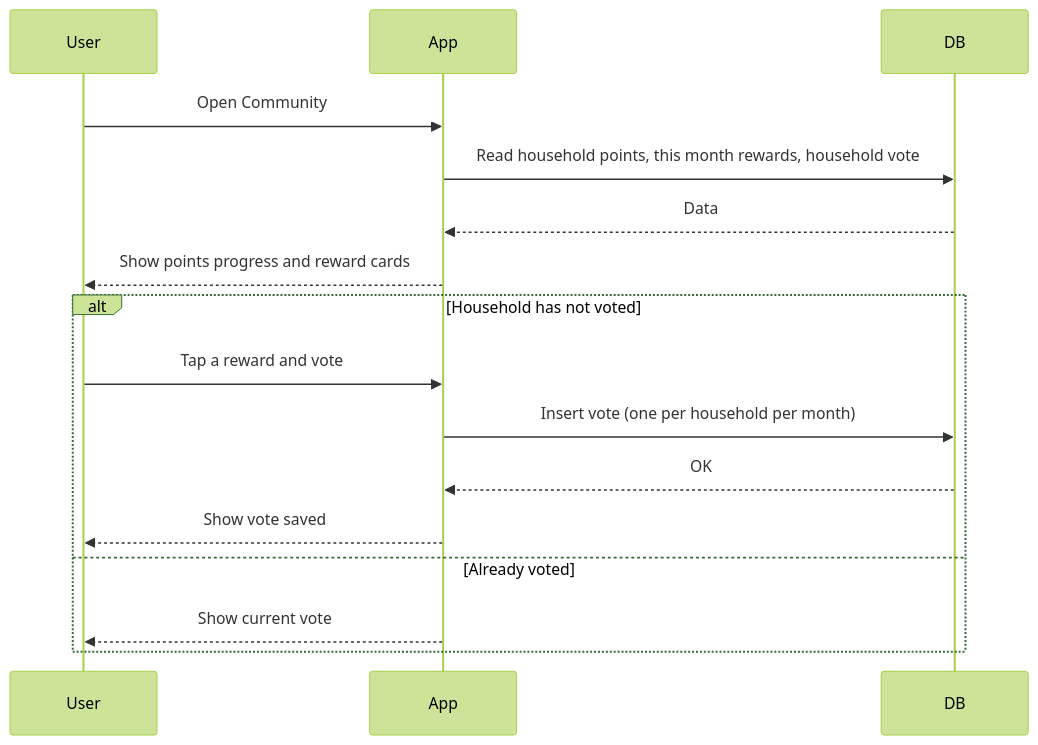
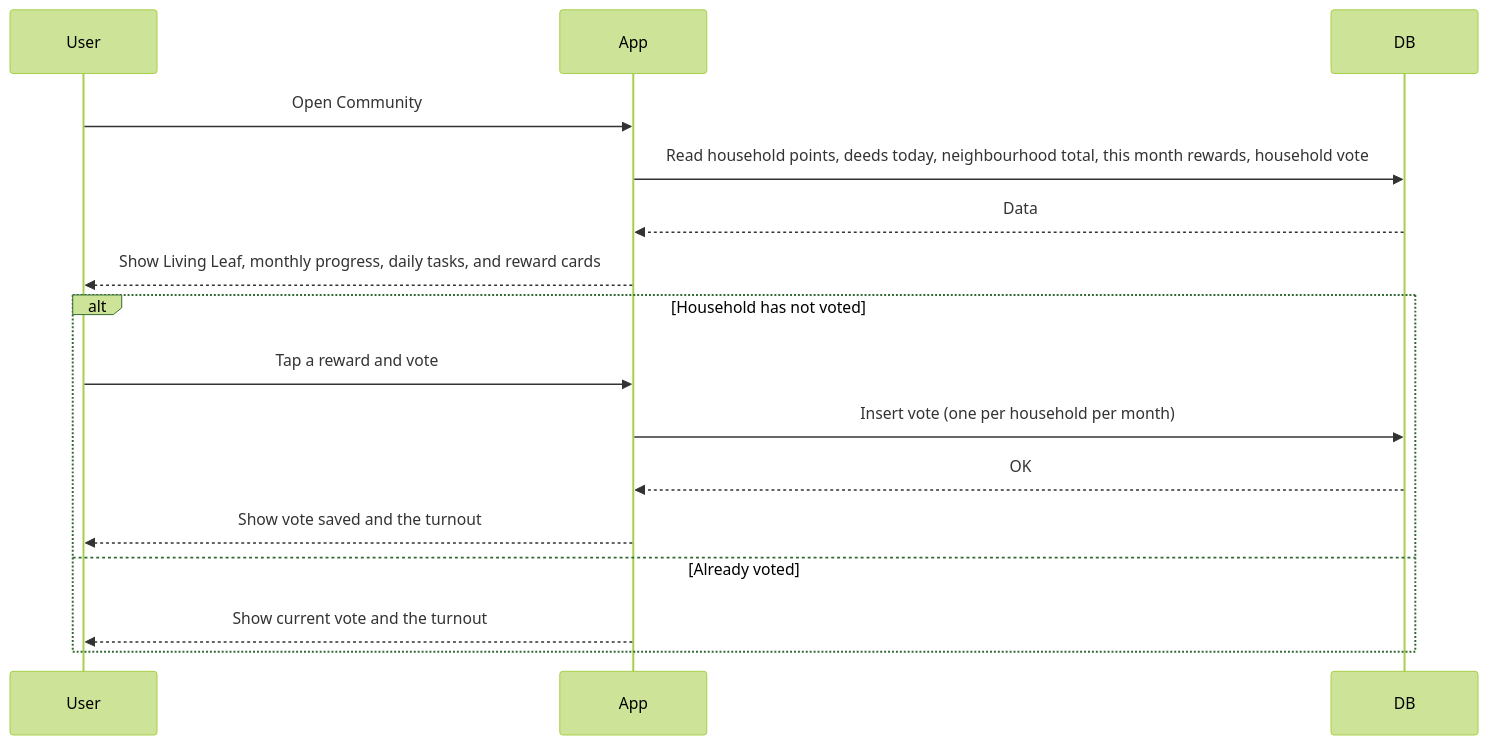
One commit to HONGJIABAO/Simeplify changed diagram 12 of 15 in docs/Workflow.md. Above: the diagram before and after it, drawn with Mermaid (forest theme). The commit also changed other lines of this file and 10 other files, not shown here.

````diff
--- a/docs/Workflow.md
+++ b/docs/Workflow.md
@@ -453,19 +469,19 @@
 ```mermaid
 sequenceDiagram
     participant User
     participant App
     participant DB
 
     User->>App: Open Community
-    App->>DB: Read household points, this month rewards, household vote
+    App->>DB: Read household points, deeds today, neighbourhood total, this month rewards, household vote
     DB-->>App: Data
-    App-->>User: Show points progress and reward cards
+    App-->>User: Show Living Leaf, monthly progress, daily tasks, and reward cards
     alt Household has not voted
         User->>App: Tap a reward and vote
         App->>DB: Insert vote (one per household per month)
         DB-->>App: OK
-        App-->>User: Show vote saved
+        App-->>User: Show vote saved and the turnout
     else Already voted
-        App-->>User: Show current vote
+        App-->>User: Show current vote and the turnout
     end
 ```
````
